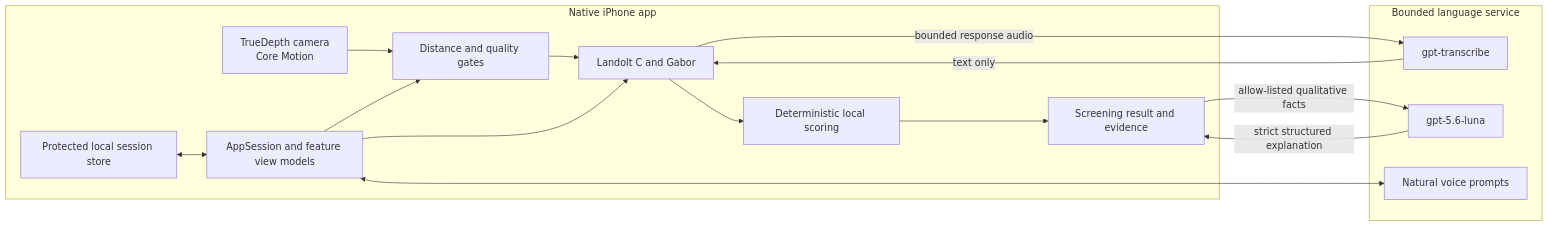
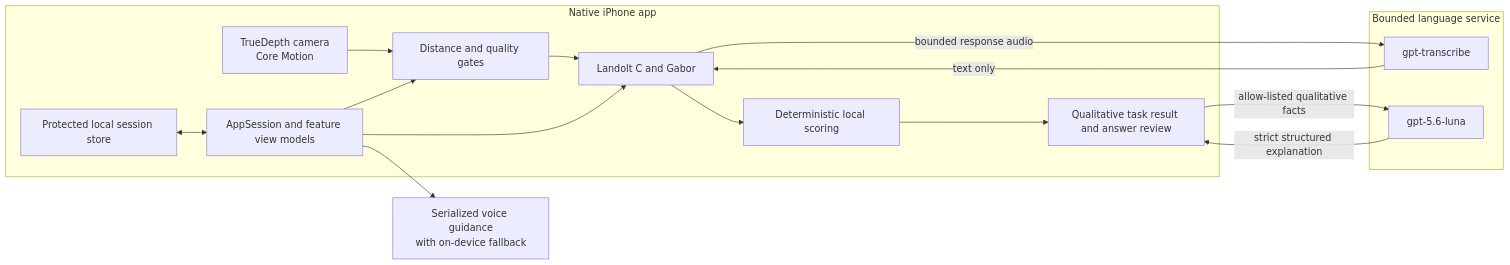
The diagram in README.md (surtecha/SeeNA), drawn with Mermaid before and after one commit. The commit also changed other lines of this file and 89 other files, not shown here.

Commit message:
feat: deliver polished voice-guided screening

````diff
--- a/README.md
+++ b/README.md
@@ -91,24 +95,23 @@
 ```mermaid
 flowchart LR
     subgraph Phone[Native iPhone app]
         Sensors[TrueDepth camera<br/>Core Motion] --> Quality[Distance and quality gates]
         Quality --> Tasks[Landolt C and Gabor]
         Tasks --> Score[Deterministic local scoring]
-        Score --> Result[Screening result and evidence]
+        Score --> Result[Qualitative task result and answer review]
         Session[AppSession and feature view models] --> Quality
         Session --> Tasks
         Store[Protected local session store] <--> Session
     end
 
     subgraph Service[Bounded language service]
         Transcribe[gpt-transcribe]
         Explain[gpt-5.6-luna]
-        Speak[Natural voice prompts]
     end
 
     Tasks -->|bounded response audio| Transcribe
     Transcribe -->|text only| Tasks
     Result -->|allow-listed qualitative facts| Explain
     Explain -->|strict structured explanation| Result
-    Session <--> Speak
+    Session --> Guide[Serialized voice guidance<br/>with on-device fallback]
 ```
````
